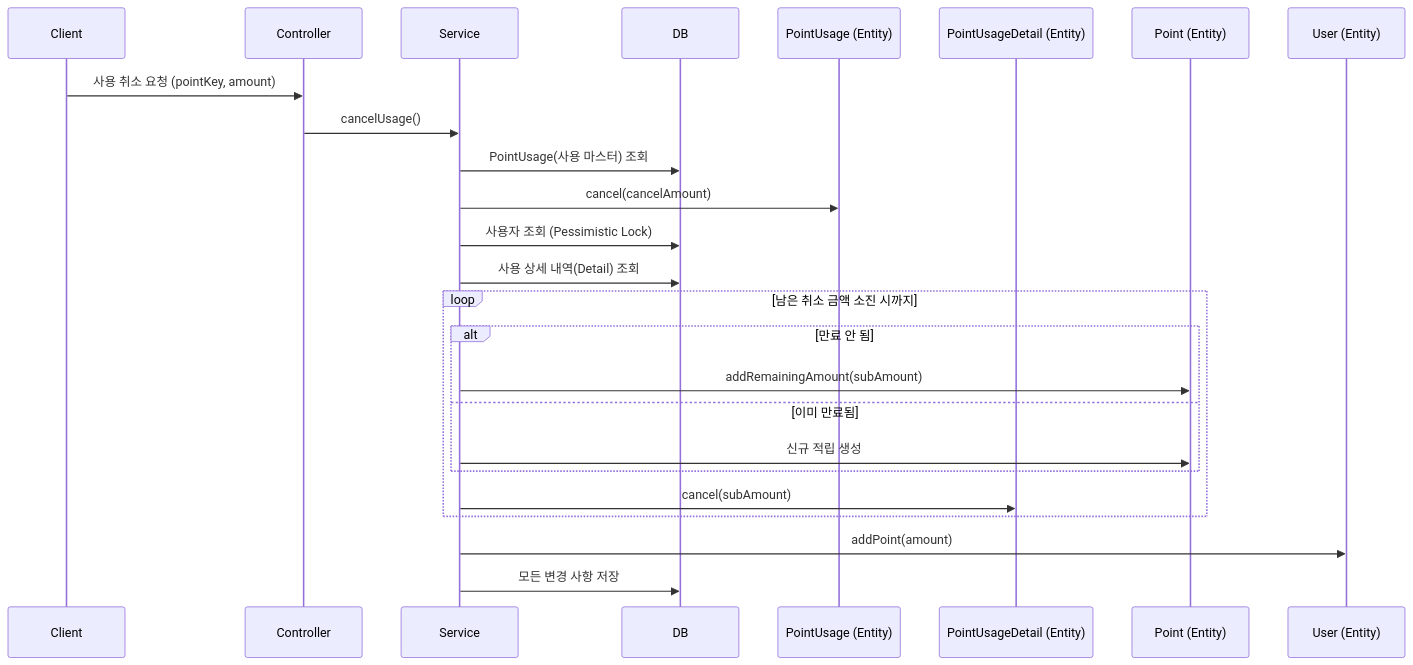
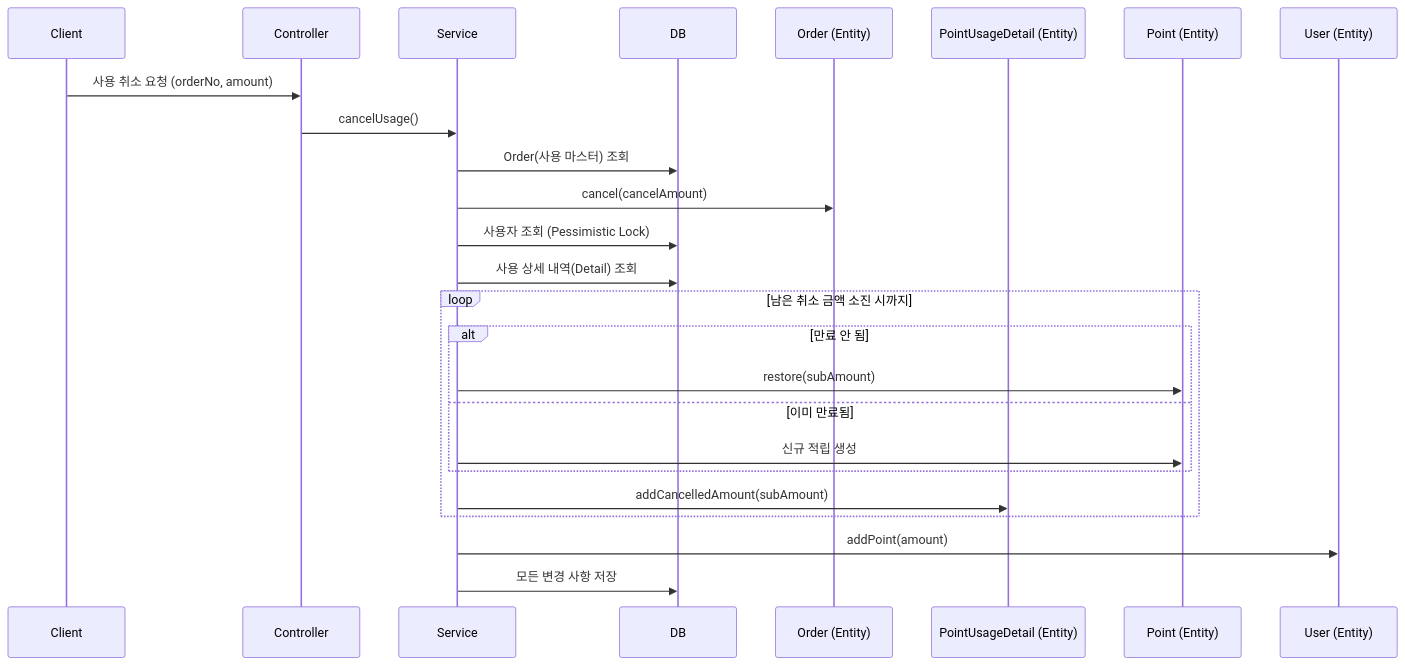
Before and after one commit to muzzaiwork/point: the third of 3 diagrams in README.md, drawn with Mermaid. The commit also changed other lines of this file and 13 other files, not shown here.

````diff
--- a/README.md
+++ b/README.md
@@ -307,28 +236,28 @@
 ```mermaid
 sequenceDiagram
     participant Client
     participant Controller
     participant Service
     participant DB
-    participant UsageEntity as PointUsage (Entity)
+    participant OrderEntity as Order (Entity)
     participant DetailEntity as PointUsageDetail (Entity)
     participant PointEntity as Point (Entity)
     participant UserEntity as User (Entity)
 
-    Client->>Controller: 사용 취소 요청 (pointKey, amount)
+    Client->>Controller: 사용 취소 요청 (orderNo, amount)
     Controller->>Service: cancelUsage()
-    Service->>DB: PointUsage(사용 마스터) 조회
-    Service->>UsageEntity: cancel(cancelAmount)
+    Service->>DB: Order(사용 마스터) 조회
+    Service->>OrderEntity: cancel(cancelAmount)
     Service->>DB: 사용자 조회 (Pessimistic Lock)
     Service->>DB: 사용 상세 내역(Detail) 조회
     loop 남은 취소 금액 소진 시까지
         alt 만료 안 됨
-            Service->>PointEntity: addRemainingAmount(subAmount)
+            Service->>PointEntity: restore(subAmount)
         else 이미 만료됨
             Service->>PointEntity: 신규 적립 생성
         end
-        Service->>DetailEntity: cancel(subAmount)
+        Service->>DetailEntity: addCancelledAmount(subAmount)
     end
     Service->>UserEntity: addPoint(amount)
     Service->>DB: 모든 변경 사항 저장
 ```
````
